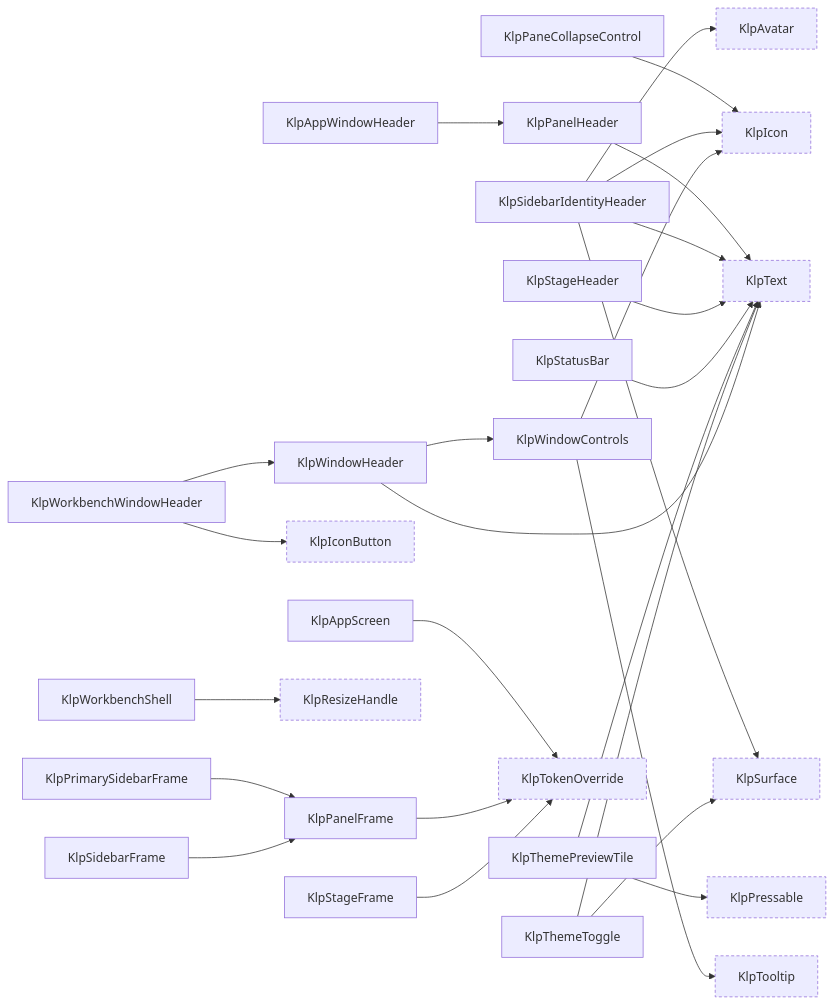
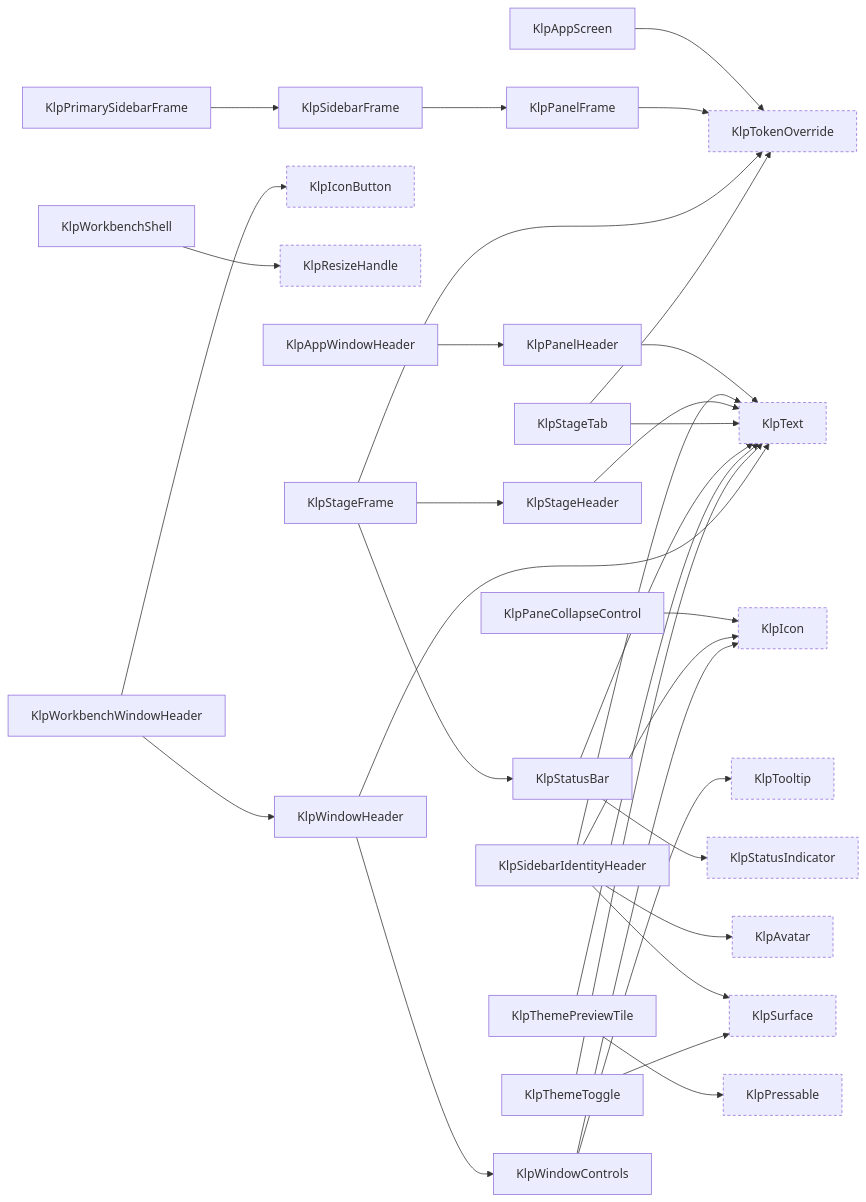
One commit to MiuDog/Kallopis changed diagram 16 of 18 in spec/component-inventory.md. Above: the diagram before and after it, drawn with Mermaid. The commit also changed other lines of this file and 266 other files, not shown here.

````diff
--- a/spec/component-inventory.md
+++ b/spec/component-inventory.md
@@ -1042,55 +1226,62 @@
 ```mermaid
 graph LR
   KlpAppScreen["KlpAppScreen"]
   KlpAppWindowHeader["KlpAppWindowHeader"]
   KlpAvatar["KlpAvatar"]:::external
   KlpIcon["KlpIcon"]:::external
   KlpIconButton["KlpIconButton"]:::external
   KlpPaneCollapseControl["KlpPaneCollapseControl"]
   KlpPanelFrame["KlpPanelFrame"]
   KlpPanelHeader["KlpPanelHeader"]
   KlpPressable["KlpPressable"]:::external
   KlpPrimarySidebarFrame["KlpPrimarySidebarFrame"]
   KlpResizeHandle["KlpResizeHandle"]:::external
   KlpSidebarFrame["KlpSidebarFrame"]
   KlpSidebarIdentityHeader["KlpSidebarIdentityHeader"]
   KlpStageFrame["KlpStageFrame"]
   KlpStageHeader["KlpStageHeader"]
+  KlpStageTab["KlpStageTab"]
   KlpStatusBar["KlpStatusBar"]
+  KlpStatusIndicator["KlpStatusIndicator"]:::external
   KlpSurface["KlpSurface"]:::external
   KlpText["KlpText"]:::external
   KlpThemePreviewTile["KlpThemePreviewTile"]
   KlpThemeToggle["KlpThemeToggle"]
   KlpTokenOverride["KlpTokenOverride"]:::external
   KlpTooltip["KlpTooltip"]:::external
   KlpWindowControls["KlpWindowControls"]
   KlpWindowHeader["KlpWindowHeader"]
   KlpWorkbenchShell["KlpWorkbenchShell"]
   KlpWorkbenchWindowHeader["KlpWorkbenchWindowHeader"]
   KlpAppScreen --> KlpTokenOverride
   KlpAppWindowHeader --> KlpPanelHeader
   KlpPaneCollapseControl --> KlpIcon
   KlpPanelFrame --> KlpTokenOverride
   KlpPanelHeader --> KlpText
-  KlpPrimarySidebarFrame --> KlpPanelFrame
+  KlpPrimarySidebarFrame --> KlpSidebarFrame
   KlpSidebarFrame --> KlpPanelFrame
   KlpSidebarIdentityHeader --> KlpAvatar
   KlpSidebarIdentityHeader --> KlpIcon
   KlpSidebarIdentityHeader --> KlpSurface
   KlpSidebarIdentityHeader --> KlpText
+  KlpStageFrame --> KlpStageHeader
+  KlpStageFrame --> KlpStatusBar
   KlpStageFrame --> KlpTokenOverride
   KlpStageHeader --> KlpText
+  KlpStageTab --> KlpText
+  KlpStageTab --> KlpTokenOverride
+  KlpStatusBar --> KlpStatusIndicator
   KlpStatusBar --> KlpText
   KlpThemePreviewTile --> KlpPressable
   KlpThemePreviewTile --> KlpText
   KlpThemeToggle --> KlpSurface
   KlpThemeToggle --> KlpText
   KlpWindowControls --> KlpIcon
   KlpWindowControls --> KlpTooltip
   KlpWindowHeader --> KlpText
   KlpWindowHeader --> KlpWindowControls
   KlpWorkbenchShell --> KlpResizeHandle
   KlpWorkbenchWindowHeader --> KlpIconButton
   KlpWorkbenchWindowHeader --> KlpWindowHeader
   classDef external stroke-dasharray: 4 3;
 ```
````
